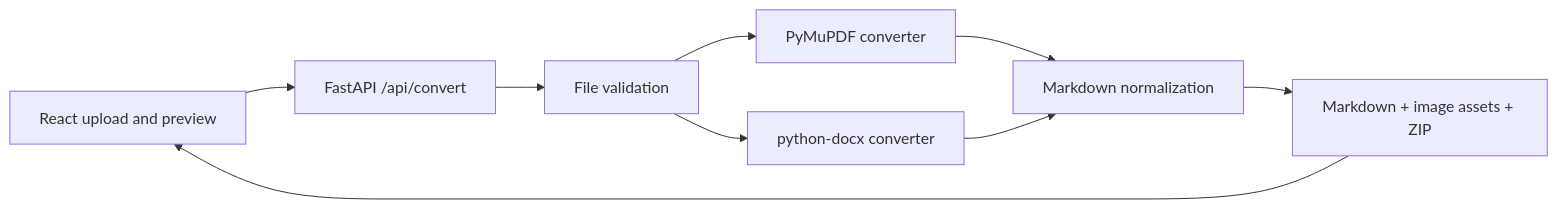
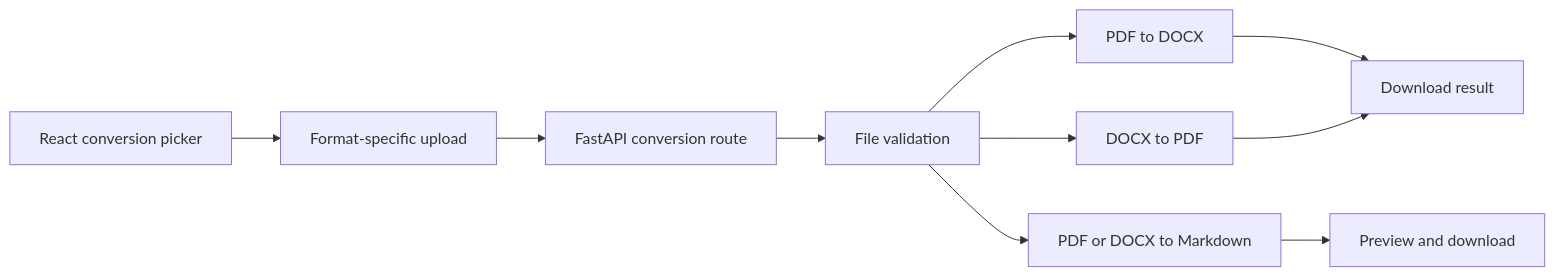
One commit to nareshv-dev/file-morph changed the diagram in README.md. Above: the diagram before and after it, drawn with Mermaid. The commit also changed other lines of this file and 23 other files, not shown here.

````diff
--- a/README.md
+++ b/README.md
@@ -23,11 +20,12 @@
 ```mermaid
 flowchart LR
-    UI[React upload and preview] --> API[FastAPI /api/convert]
+    UI[React conversion picker] --> U[Format-specific upload]
+    U --> API[FastAPI conversion route]
     API --> V[File validation]
-    V --> P[PyMuPDF converter]
-    V --> D[python-docx converter]
-    P --> N[Markdown normalization]
-    D --> N
-    N --> R[Markdown + image assets + ZIP]
-    R --> UI
+    V --> PD[PDF to DOCX]
+    V --> DP[DOCX to PDF]
+    V --> MD[PDF or DOCX to Markdown]
+    PD --> DL[Download result]
+    DP --> DL
+    MD --> PR[Preview and download]
 ```
````
